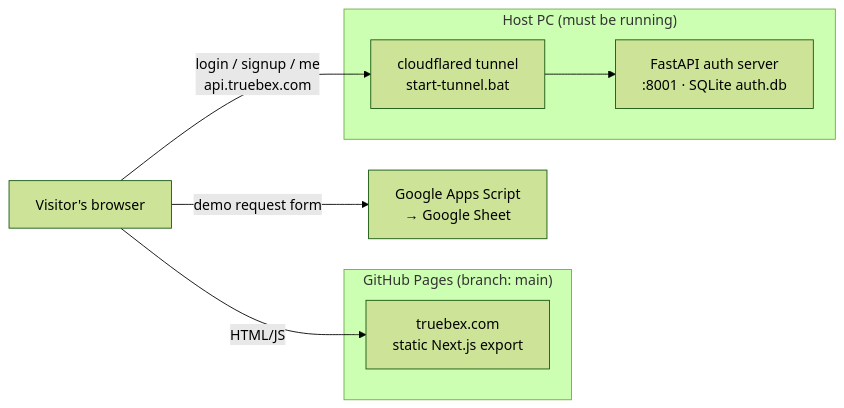
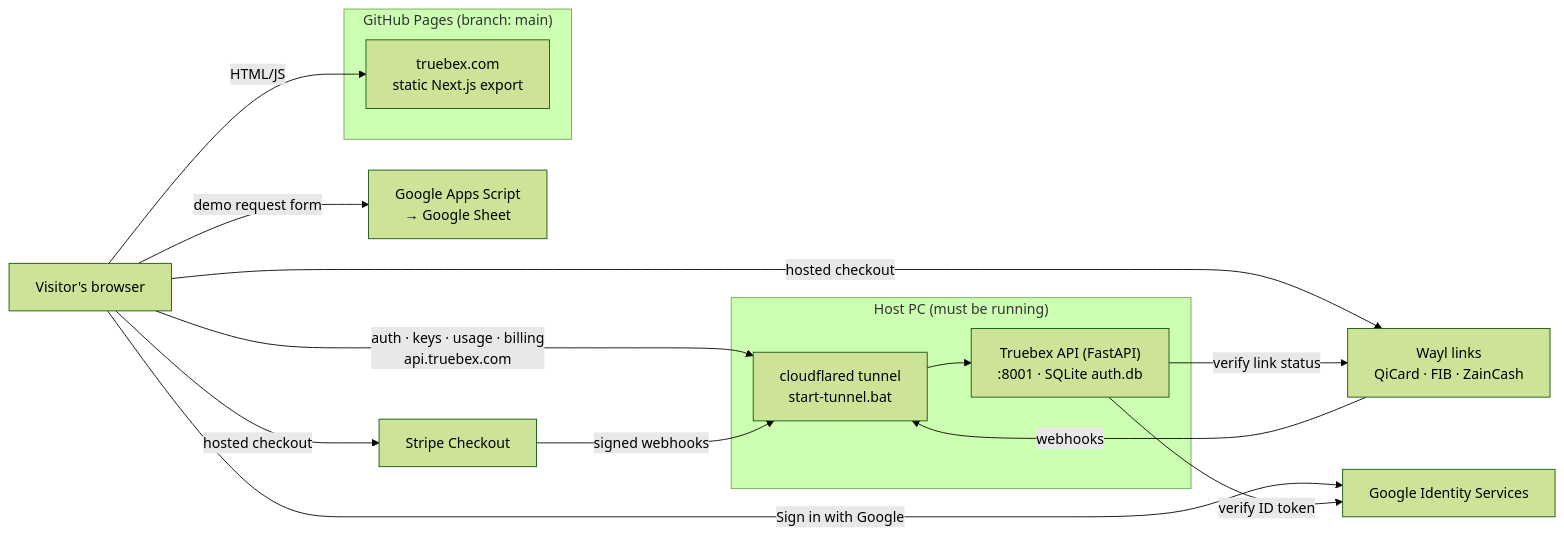
Before and after one commit to dr99tm/Truebex: the diagram in README.md, drawn with Mermaid (forest theme). The commit also changed other lines of this file and 3 other files, not shown here.

````diff
--- a/README.md
+++ b/README.md
@@ -34,20 +41,30 @@
 ```mermaid
 flowchart LR
     Browser["Visitor's browser"]
 
     subgraph GH["GitHub Pages (branch: main)"]
         Site["truebex.com<br/>static Next.js export"]
     end
 
     subgraph PC["Host PC (must be running)"]
         Tunnel["cloudflared tunnel<br/>start-tunnel.bat"]
-        API["FastAPI auth server<br/>:8001 · SQLite auth.db"]
+        API["Truebex API (FastAPI)<br/>:8001 · SQLite auth.db"]
         Tunnel --> API
     end
 
+    Google["Google Identity Services"]
     Sheets["Google Apps Script<br/>→ Google Sheet"]
+    Stripe["Stripe Checkout"]
+    Wayl["Wayl links<br/>QiCard · FIB · ZainCash"]
 
     Browser -->|HTML/JS| Site
-    Browser -->|"login / signup / me<br/>api.truebex.com"| Tunnel
+    Browser -->|"auth · keys · usage · billing<br/>api.truebex.com"| Tunnel
+    Browser -->|"Sign in with Google"| Google
     Browser -->|demo request form| Sheets
+    Browser -->|hosted checkout| Stripe
+    Browser -->|hosted checkout| Wayl
+    Stripe -->|signed webhooks| Tunnel
+    Wayl -->|webhooks| Tunnel
+    API -->|"verify link status"| Wayl
+    API -->|"verify ID token"| Google
 ```
````
